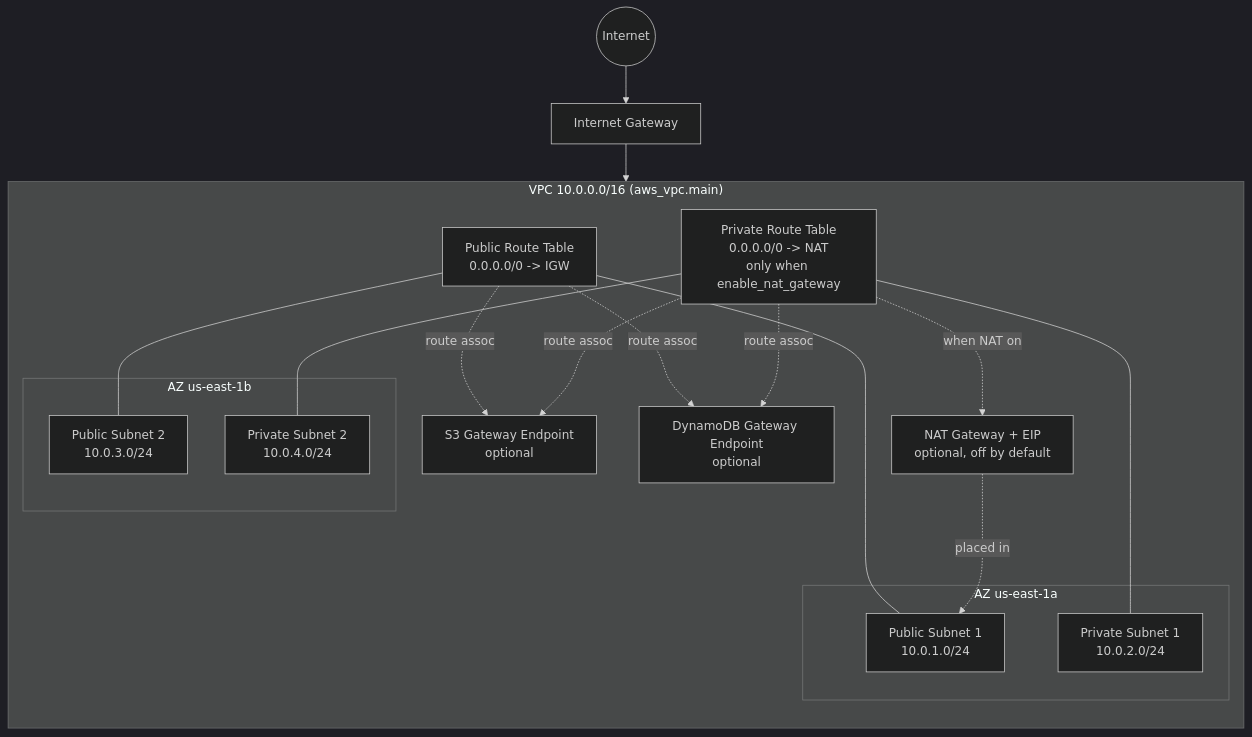
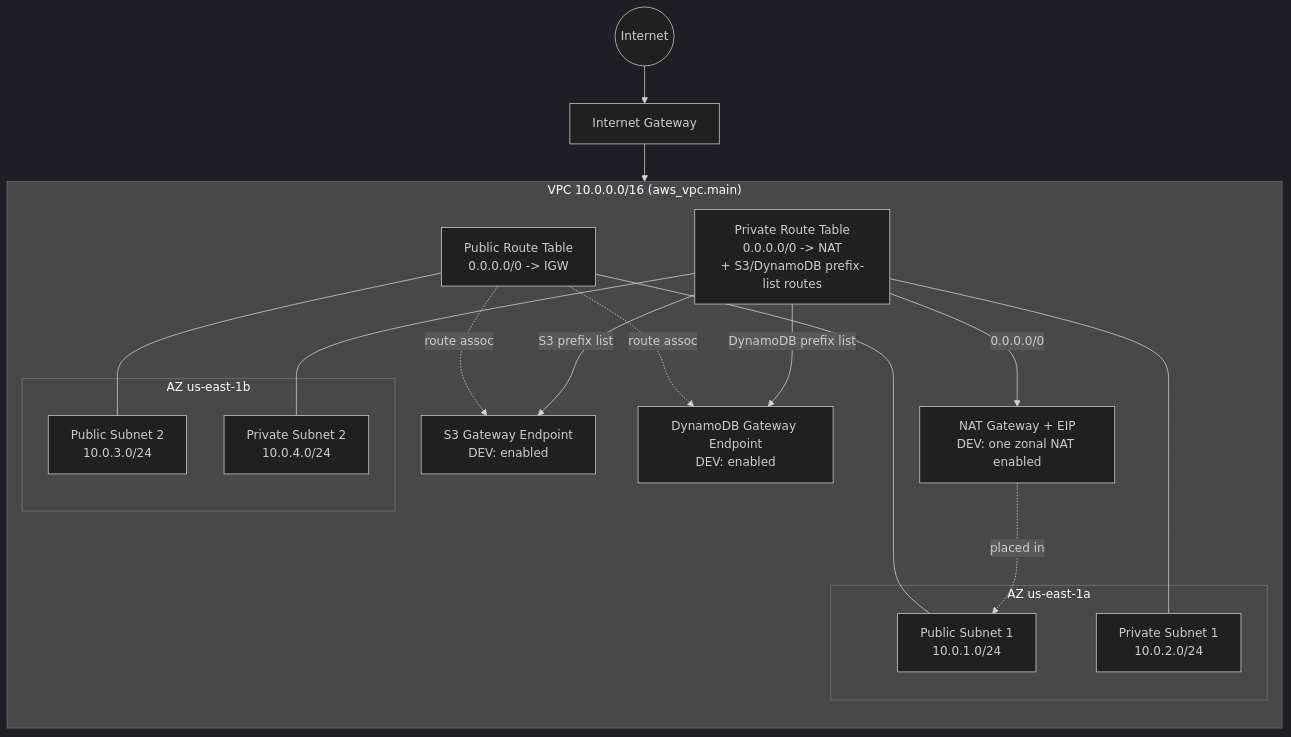
Before and after one commit to charltonmc2024/ecs-terraform-cicd: the first of 2 diagrams in .kiro/specs/01-network/design.md, drawn with Mermaid (dark theme). The commit also changed other lines of this file and 7 other files, not shown here.

````diff
--- a/.kiro/specs/01-network/design.md
+++ b/.kiro/specs/01-network/design.md
@@ -46,38 +63,38 @@
 ```mermaid
 flowchart TB
     Internet((Internet))
     IGW[Internet Gateway]
 
     subgraph VPC["VPC 10.0.0.0/16 (aws_vpc.main)"]
         direction TB
 
         subgraph AZa["AZ us-east-1a"]
             PubA[Public Subnet 1<br/>10.0.1.0/24]
             PrivA[Private Subnet 1<br/>10.0.2.0/24]
         end
 
         subgraph AZb["AZ us-east-1b"]
             PubB[Public Subnet 2<br/>10.0.3.0/24]
             PrivB[Private Subnet 2<br/>10.0.4.0/24]
         end
 
         PubRT[Public Route Table<br/>0.0.0.0/0 -> IGW]
-        PrivRT[Private Route Table<br/>0.0.0.0/0 -> NAT<br/>only when enable_nat_gateway]
+        PrivRT[Private Route Table<br/>0.0.0.0/0 -> NAT<br/>+ S3/DynamoDB prefix-list routes]
 
-        NAT[NAT Gateway + EIP<br/>optional, off by default]
-        S3EP[S3 Gateway Endpoint<br/>optional]
-        DDBEP[DynamoDB Gateway Endpoint<br/>optional]
+        NAT[NAT Gateway + EIP<br/>DEV: one zonal NAT enabled]
+        S3EP[S3 Gateway Endpoint<br/>DEV: enabled]
+        DDBEP[DynamoDB Gateway Endpoint<br/>DEV: enabled]
     end
 
     Internet --> IGW --> PubRT
     PubRT --- PubA
     PubRT --- PubB
     PrivRT --- PrivA
     PrivRT --- PrivB
     NAT -. placed in .-> PubA
-    PrivRT -. when NAT on .-> NAT
+    PrivRT -->|0.0.0.0/0| NAT
     PubRT -. route assoc .-> S3EP
-    PrivRT -. route assoc .-> S3EP
+    PrivRT -->|S3 prefix list| S3EP
     PubRT -. route assoc .-> DDBEP
-    PrivRT -. route assoc .-> DDBEP
+    PrivRT -->|DynamoDB prefix list| DDBEP
 ```
````
